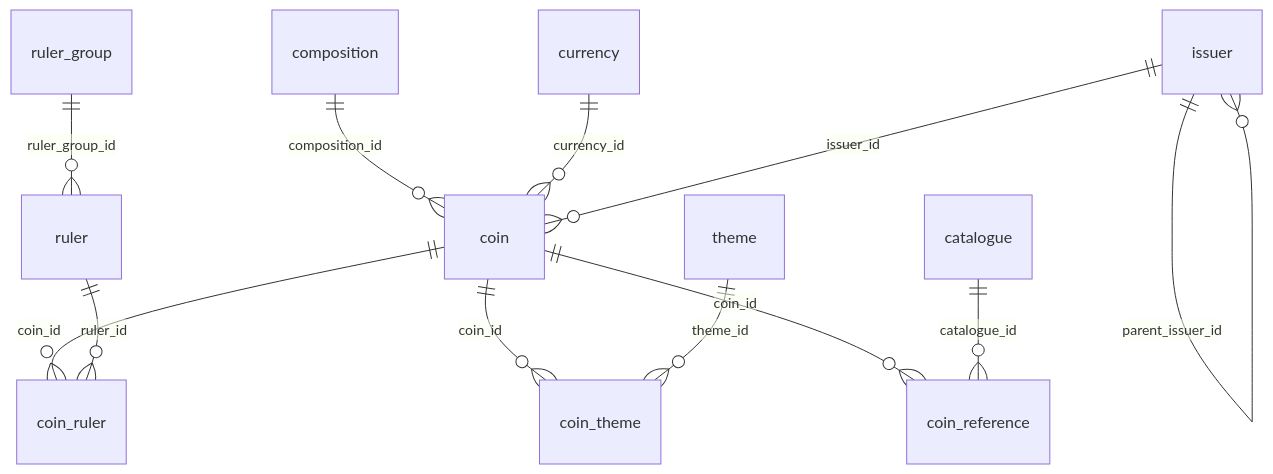
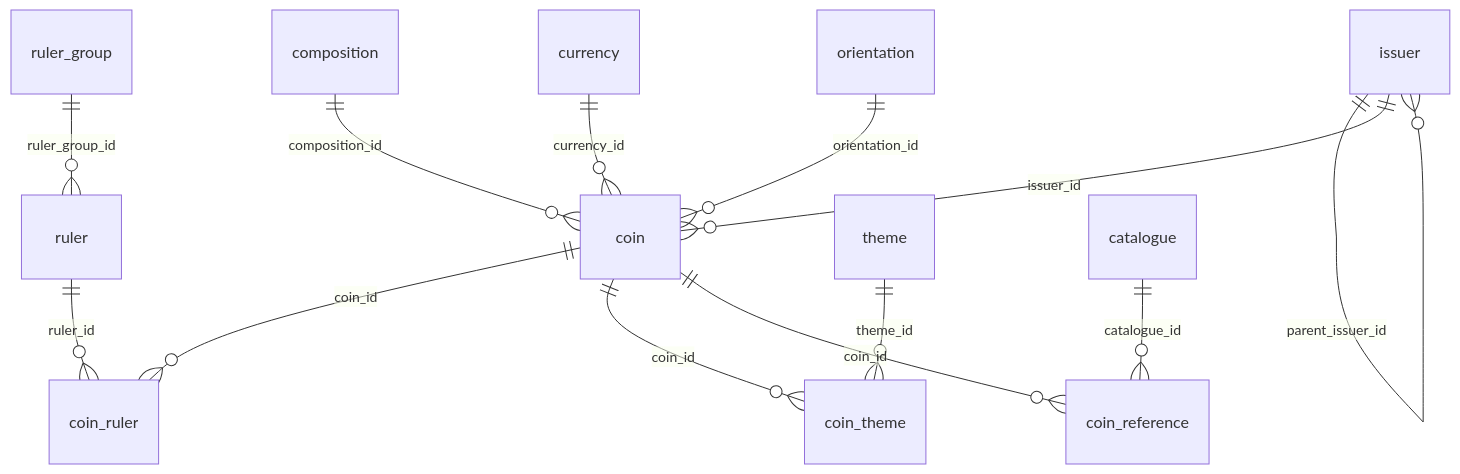
The diagram in packages/db/README.md (AgustinLarzabal/coin-archive), drawn with Mermaid before and after one commit. The commit also changed other lines of this file and 26 other files, not shown here.

````diff
--- a/packages/db/README.md
+++ b/packages/db/README.md
@@ -57,14 +59,15 @@
 ```mermaid
 erDiagram
   composition ||--o{ coin : "composition_id"
   currency ||--o{ coin : "currency_id"
   issuer ||--o{ issuer : "parent_issuer_id"
   issuer ||--o{ coin : "issuer_id"
+  orientation ||--o{ coin : "orientation_id"
   coin ||--o{ coin_ruler : "coin_id"
   ruler ||--o{ coin_ruler : "ruler_id"
   coin ||--o{ coin_theme : "coin_id"
   theme ||--o{ coin_theme : "theme_id"
   ruler_group ||--o{ ruler : "ruler_group_id"
   coin ||--o{ coin_reference : "coin_id"
   catalogue ||--o{ coin_reference : "catalogue_id"
 ```
````
